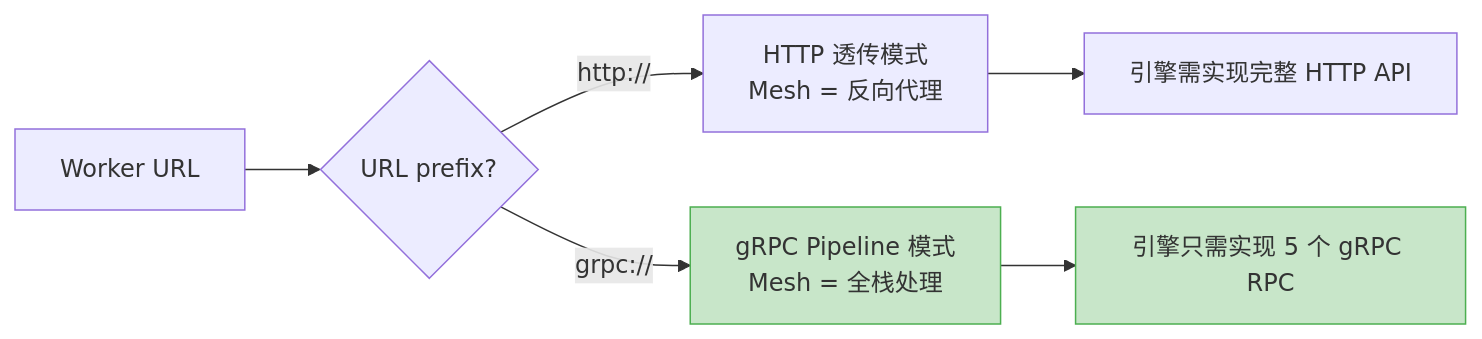
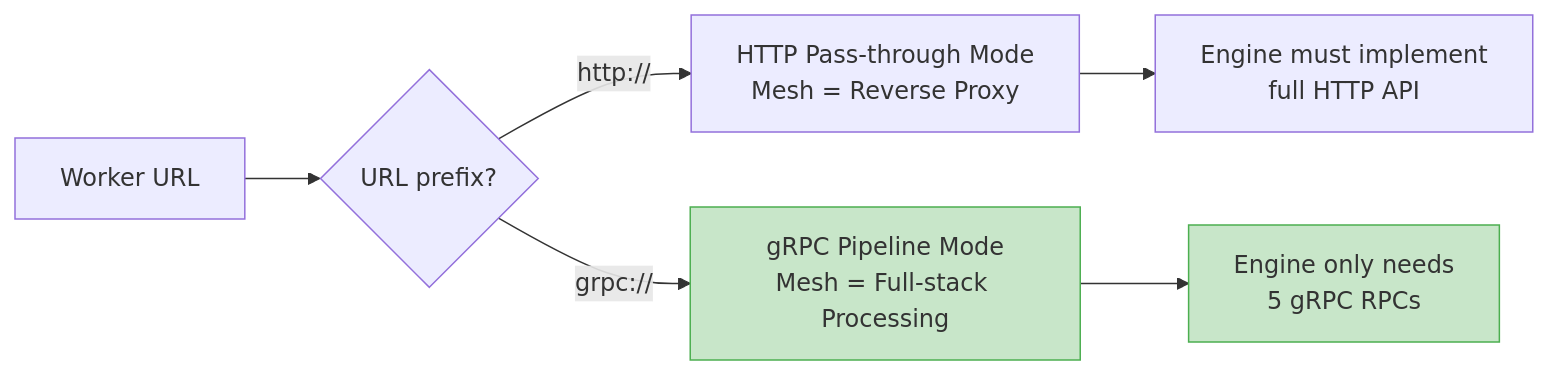
One commit to Jasen2201/ATOM changed the third of 7 diagrams in mesh/docs/atom_grpc_integration.md. Above: the diagram before and after it, drawn with Mermaid. The commit also changed other lines of this file, not shown here.

First line of the commit message:
docs: translate and streamline ATOM gRPC integration document

````diff
--- a/mesh/docs/atom_grpc_integration.md
+++ b/mesh/docs/atom_grpc_integration.md
@@ -136,12 +177,12 @@
 ```mermaid
 flowchart LR
     URL["Worker URL"] --> Check{"URL prefix?"}
-    Check -- "http://" --> HTTP["HTTP 透传模式<br/>Mesh = 反向代理"]
-    Check -- "grpc://" --> GRPC["gRPC Pipeline 模式<br/>Mesh = 全栈处理"]
+    Check -- "http://" --> HTTP["HTTP Pass-through Mode<br/>Mesh = Reverse Proxy"]
+    Check -- "grpc://" --> GRPC["gRPC Pipeline Mode<br/>Mesh = Full-stack Processing"]
     
-    HTTP --> ENGINE_HTTP["引擎需实现完整 HTTP API"]
-    GRPC --> ENGINE_GRPC["引擎只需实现 5 个 gRPC RPC"]
+    HTTP --> ENGINE_HTTP["Engine must implement<br/>full HTTP API"]
+    GRPC --> ENGINE_GRPC["Engine only needs<br/>5 gRPC RPCs"]
 
     style GRPC fill:#c8e6c9,stroke:#4CAF50
     style ENGINE_GRPC fill:#c8e6c9,stroke:#4CAF50
 ```
````
